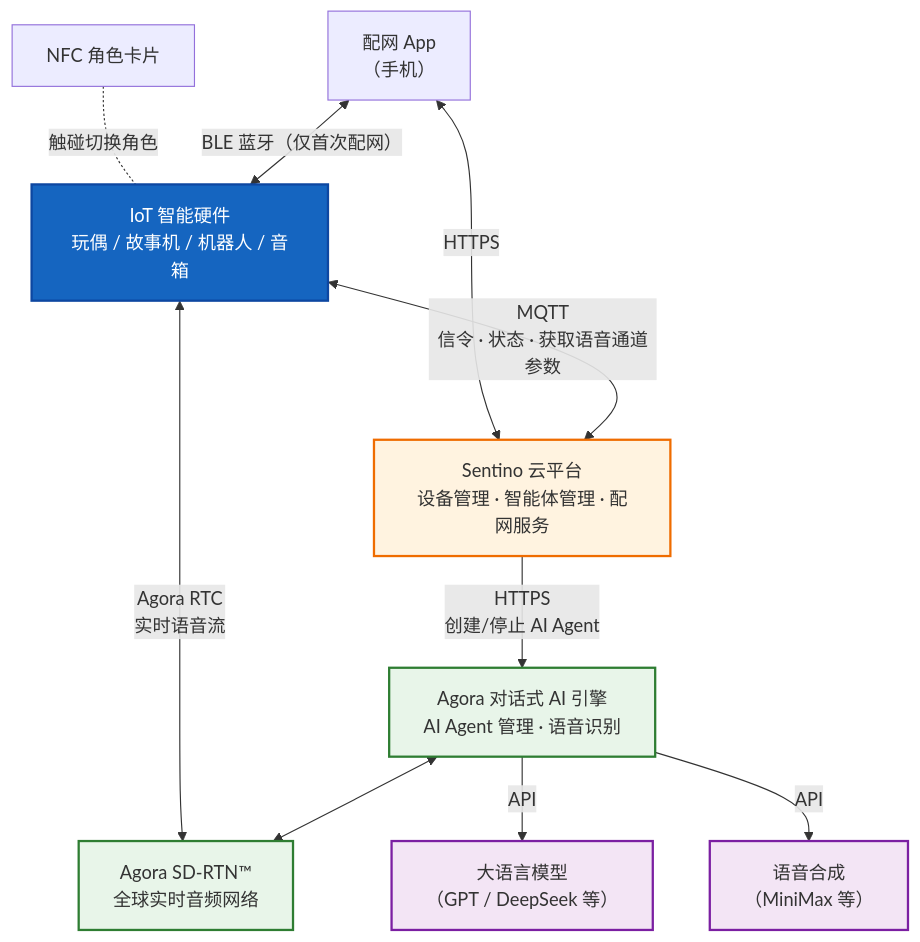
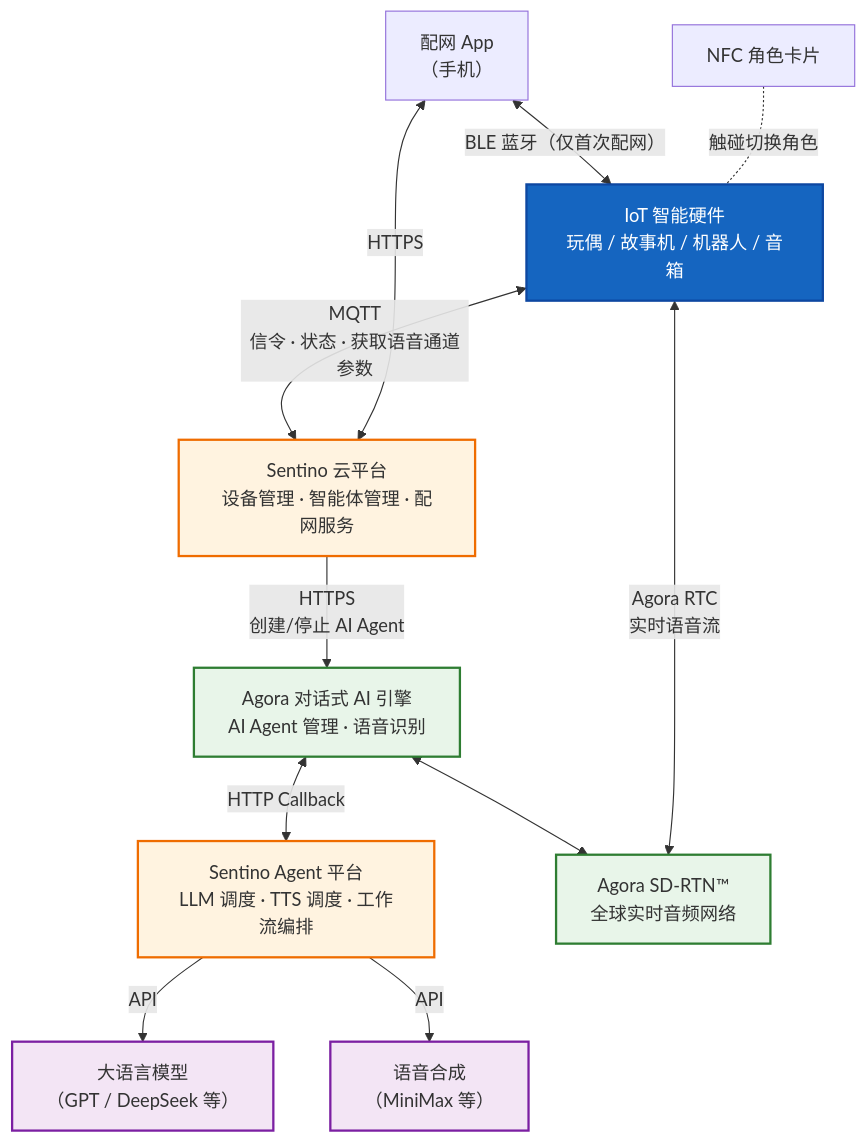
The second of 3 diagrams in architecture-overview.md (sentino-jp/iot-docs), drawn with Mermaid before and after one commit. The commit also changed other lines of this file and 1 other file, not shown here.

First line of the commit message:
docs: Agora calls back to Sentino Agent for LLM/TTS, not directly

````diff
--- a/architecture-overview.md
+++ b/architecture-overview.md
@@ -67,28 +69,31 @@
 ```mermaid
 graph TB
     Device["IoT 智能硬件<br/>玩偶 / 故事机 / 机器人 / 音箱"]
     App["配网 App<br/>（手机）"]
     NFC["NFC 角色卡片"]
     Cloud["Sentino 云平台<br/>设备管理 · 智能体管理 · 配网服务"]
+    SentinoAgent["Sentino Agent 平台<br/>LLM 调度 · TTS 调度 · 工作流编排"]
     AgoraAI["Agora 对话式 AI 引擎<br/>AI Agent 管理 · 语音识别"]
     AgoraRTC["Agora SD-RTN™<br/>全球实时音频网络"]
     LLM["大语言模型<br/>（GPT / DeepSeek 等）"]
     TTS["语音合成<br/>（MiniMax 等）"]
 
     NFC -.-|"触碰切换角色"| Device
     App <-->|"BLE 蓝牙（仅首次配网）"| Device
     App <-->|"HTTPS"| Cloud
     Device <-->|"MQTT<br/>信令 · 状态 · 获取语音通道参数"| Cloud
     Device <-->|"Agora RTC<br/>实时语音流"| AgoraRTC
     Cloud -->|"HTTPS<br/>创建/停止 AI Agent"| AgoraAI
     AgoraAI <--> AgoraRTC
-    AgoraAI -->|"API"| LLM
-    AgoraAI -->|"API"| TTS
+    AgoraAI <-->|"HTTP Callback"| SentinoAgent
+    SentinoAgent -->|"API"| LLM
+    SentinoAgent -->|"API"| TTS
 
     style Device fill:#1565C0,stroke:#0D47A1,color:#fff,stroke-width:2px
     style Cloud fill:#FFF3E0,stroke:#EF6C00,stroke-width:2px
+    style SentinoAgent fill:#FFF3E0,stroke:#EF6C00,stroke-width:2px
     style AgoraAI fill:#E8F5E9,stroke:#2E7D32,stroke-width:2px
     style AgoraRTC fill:#E8F5E9,stroke:#2E7D32,stroke-width:2px
     style LLM fill:#F3E5F5,stroke:#7B1FA2,stroke-width:2px
     style TTS fill:#F3E5F5,stroke:#7B1FA2,stroke-width:2px
 ```
````
